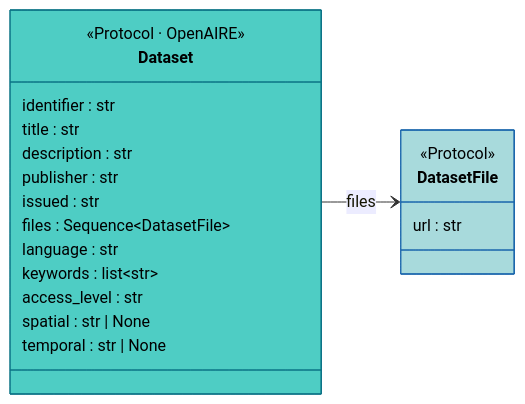
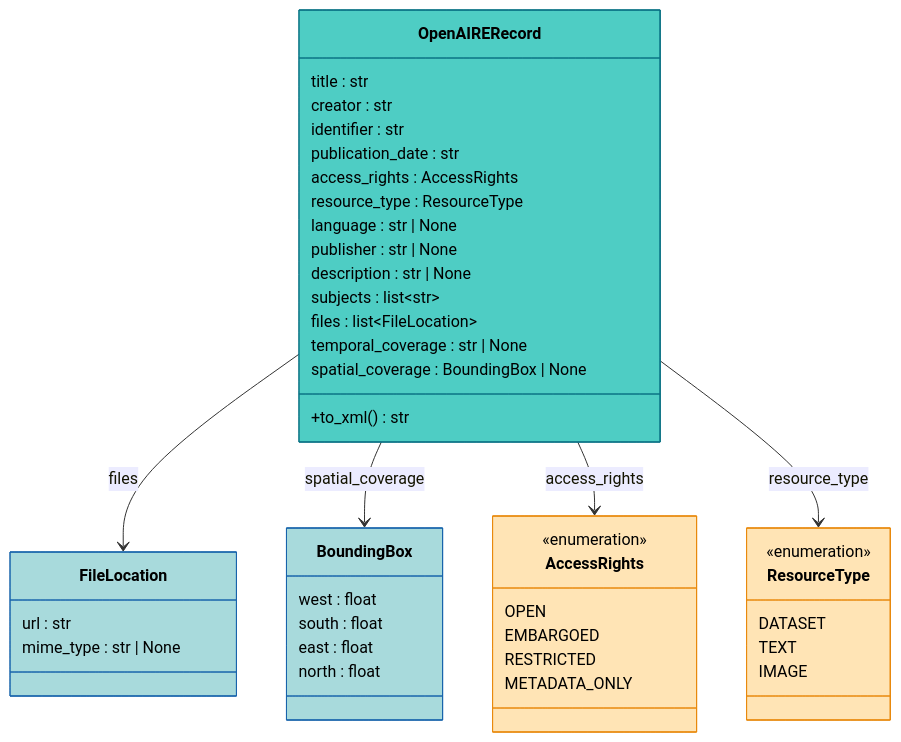
The third of 3 diagrams in docs/crawlers/arch/metadata.md (bergamote156/repository-crawlers), drawn with Mermaid before and after one commit. The commit also changed other lines of this file and 7 other files, not shown here.

````diff
--- a/docs/crawlers/arch/metadata.md
+++ b/docs/crawlers/arch/metadata.md
@@ -237,29 +250,57 @@
 ```mermaid
 classDiagram
-    direction LR
-
-    class Dataset {
-        <<Protocol · OpenAIRE>>
+    class OpenAIRERecord {
+        title : str
+        creator : str
         identifier : str
-        title : str
-        description : str
-        publisher : str
-        issued : str
-        files : Sequence~DatasetFile~
-        language : str
-        keywords : list~str~
-        access_level : str
-        spatial : str | None
-        temporal : str | None
+        publication_date : str
+        access_rights : AccessRights
+        resource_type : ResourceType
+        language : str | None
+        publisher : str | None
+        description : str | None
+        subjects : list~str~
+        files : list~FileLocation~
+        temporal_coverage : str | None
+        spatial_coverage : BoundingBox | None
+        +to_xml() str
     }
 
-    class DatasetFile {
-        <<Protocol>>
+    class FileLocation {
         url : str
+        mime_type : str | None
     }
 
-    Dataset --> DatasetFile : files
+    class BoundingBox {
+        west : float
+        south : float
+        east : float
+        north : float
+    }
 
-    style Dataset fill:#4ECDC4,stroke:#0B7285,color:#000
-    style DatasetFile fill:#A8DADC,stroke:#1864AB,color:#000
+    class AccessRights {
+        <<enumeration>>
+        OPEN
+        EMBARGOED
+        RESTRICTED
+        METADATA_ONLY
+    }
+
+    class ResourceType {
+        <<enumeration>>
+        DATASET
+        TEXT
+        IMAGE
+    }
+
+    OpenAIRERecord --> FileLocation : files
+    OpenAIRERecord --> BoundingBox : spatial_coverage
+    OpenAIRERecord --> AccessRights : access_rights
+    OpenAIRERecord --> ResourceType : resource_type
+
+    style OpenAIRERecord fill:#4ECDC4,stroke:#0B7285,color:#000
+    style FileLocation fill:#A8DADC,stroke:#1864AB,color:#000
+    style BoundingBox fill:#A8DADC,stroke:#1864AB,color:#000
+    style AccessRights fill:#FFE4B5,stroke:#E8890C,color:#000
+    style ResourceType fill:#FFE4B5,stroke:#E8890C,color:#000
 ```
````
